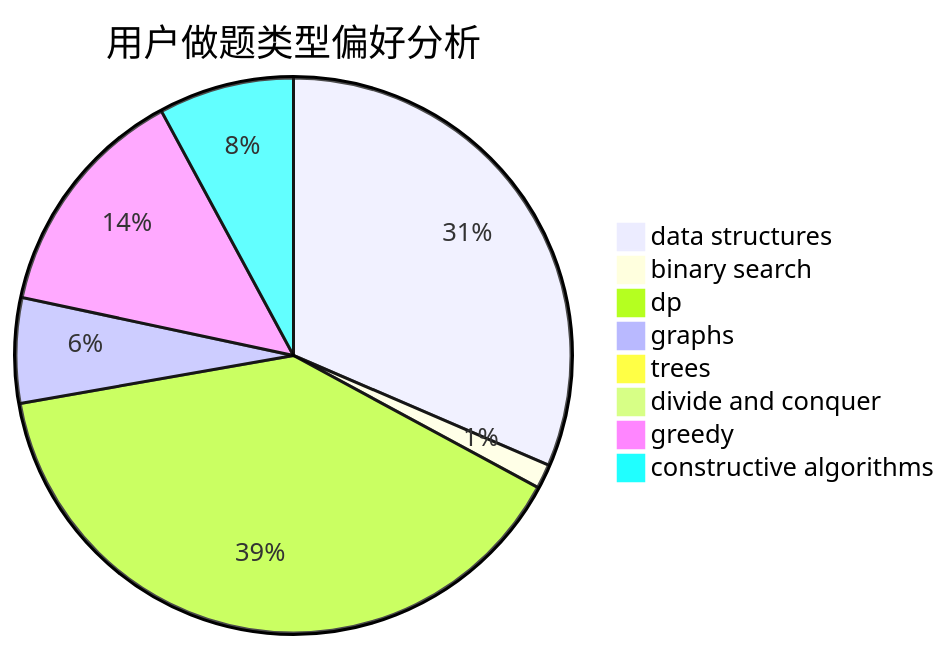
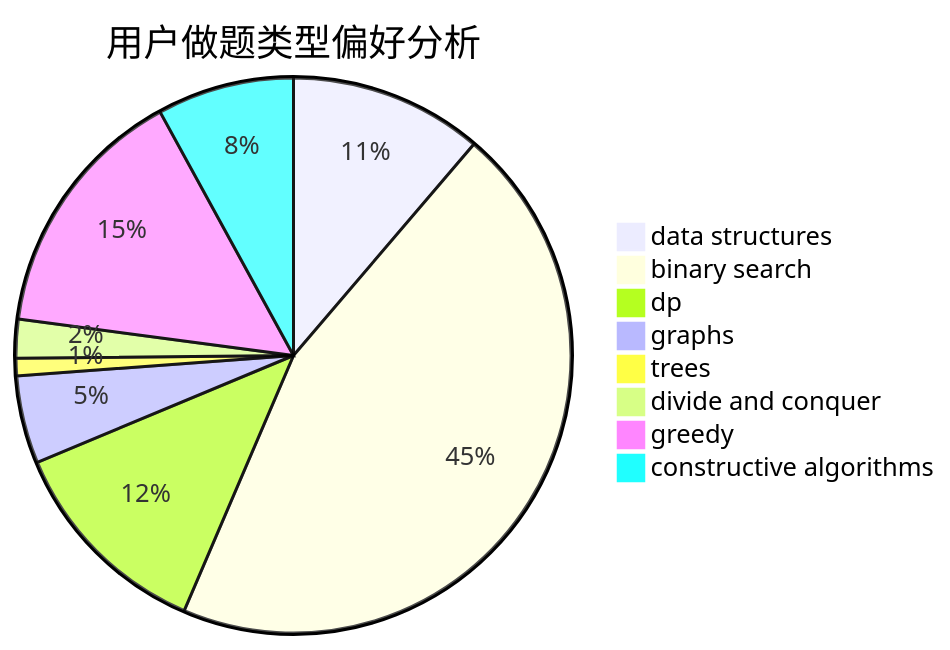
The second of 3 diagrams in docs/user/u382.md (sherpahu/cfrs.github.io), drawn with Mermaid before and after one commit. The commit also changed other lines of this file and 2770 other files, not shown here.

````diff
--- a/docs/user/u382.md
+++ b/docs/user/u382.md
@@ -23,11 +23,11 @@
 ```mermaid
 pie title 用户做题类型偏好分析
-    "data structures" :  375
-    "binary search" :  17
-    "dp" :  469
-    "graphs" :  73
-    "trees" :  0
-    "divide and conquer" :  0
-    "greedy" :  164
-    "constructive algorithms" :  94
+    "data structures" :  55
+    "binary search" :  221
+    "dp" :  60
+    "graphs" :  25
+    "trees" :  5
+    "divide and conquer" :  11
+    "greedy" :  73
+    "constructive algorithms" :  39
 ```
````
